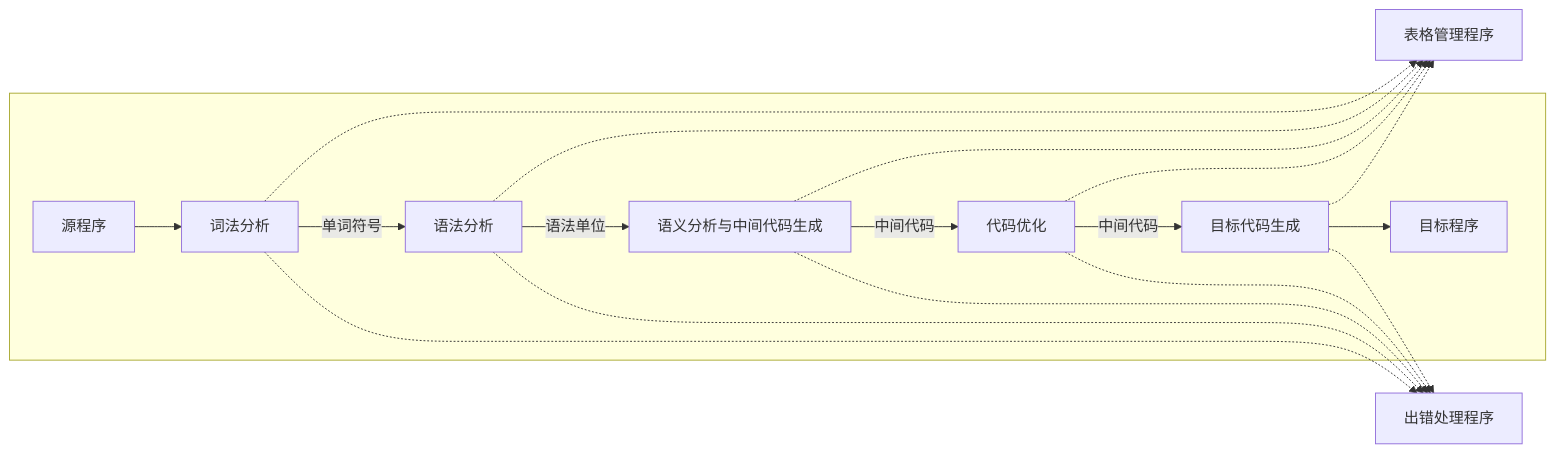
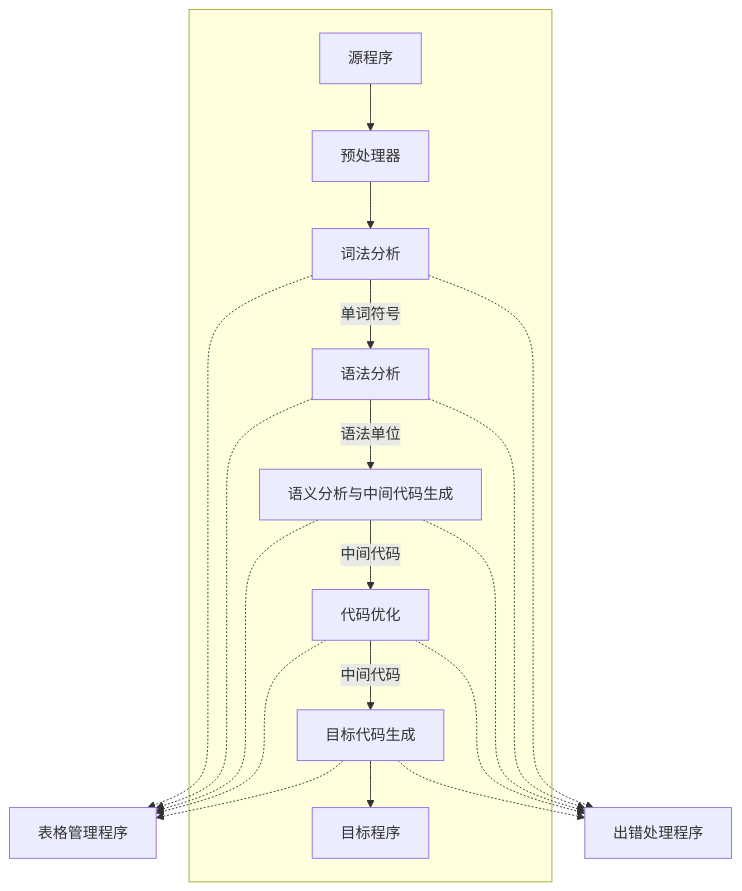
Before and after one commit to abliger/blog: the diagram in doc/compiler_principles/理论/01_引论.md, drawn with Mermaid. The commit also changed other lines of this file and 7 other files, not shown here.

````diff
--- a/doc/compiler_principles/理论/01_引论.md
+++ b/doc/compiler_principles/理论/01_引论.md
@@ -7,10 +31,11 @@
 ```mermaid
-flowchart LR
+flowchart TD
 		B & C & D & E & F .-> Z[表格管理程序]
 		subgraph f [ ]
 		A[源程序] 
+		Q[预处理器]
 		G[目标程序]
-		A --> B[词法分析] -->|单词符号| C[语法分析] -->|语法单位| D[语义分析与中间代码生成] -->|中间代码| E[代码优化] -->|中间代码| F[目标代码生成] --> G
+		A --> Q --> B[词法分析] -->|单词符号| C[语法分析] -->|语法单位| D[语义分析与中间代码生成] -->|中间代码| E[代码优化] -->|中间代码| F[目标代码生成] --> G
 		end
 		B & C & D & E & F .-> U[出错处理程序]
 ```
````
